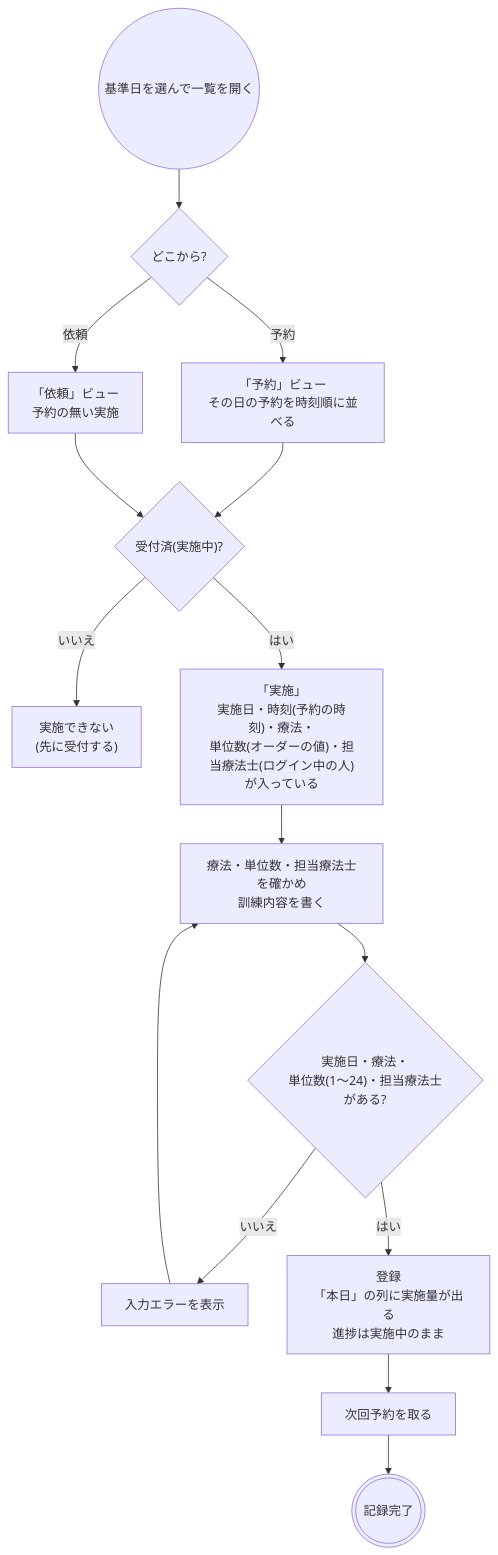
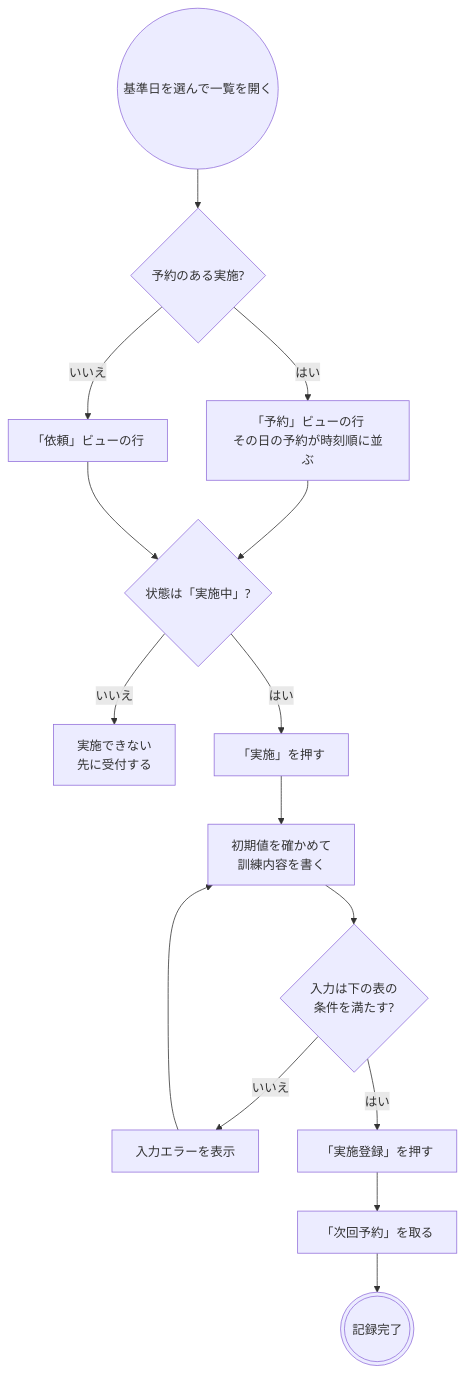
One commit to ysnr-dev/fhir-client-docs changed the fourth of 5 diagrams in docs/flows/rehab.md. Above: the diagram before and after it, drawn with Mermaid. The commit also changed other lines of this file and 43 other files, not shown here.

Commit message:
docs: 業務フローとシーケンス図を写し直し

````diff
--- a/docs/flows/rehab.md
+++ b/docs/flows/rehab.md
@@ -158,24 +148,24 @@
 ```mermaid
 flowchart TD
   open(("基準日を選んで一覧を開く"))
-  view{"どこから?"}
-  appt["「予約」ビュー<br/>その日の予約を時刻順に並べる"]
-  orders["「依頼」ビュー<br/>予約の無い実施"]
-  accepted{"受付済(実施中)?"}
-  wait["実施できない<br/>(先に受付する)"]
-  perform["「実施」<br/>実施日・時刻(予約の時刻)・療法・<br/>単位数(オーダーの値)・担当療法士(ログイン中の人)が入っている"]
-  input["療法・単位数・担当療法士を確かめ<br/>訓練内容を書く"]
-  check{"実施日・療法・<br/>単位数(1〜24)・担当療法士がある?"}
+  view{"予約のある実施?"}
+  appt["「予約」ビューの行<br/>その日の予約が時刻順に並ぶ"]
+  orders["「依頼」ビューの行"]
+  accepted{"状態は「実施中」?"}
+  wait["実施できない<br/>先に受付する"]
+  perform["「実施」を押す"]
+  input["初期値を確かめて<br/>訓練内容を書く"]
+  check{"入力は下の表の<br/>条件を満たす?"}
   error["入力エラーを表示"]
-  save["登録<br/>「本日」の列に実施量が出る<br/>進捗は実施中のまま"]
-  next["次回予約を取る"]
+  save["「実施登録」を押す"]
+  next["「次回予約」を取る"]
   done((("記録完了")))
 
   open --> view
-  view -- "予約" --> appt --> accepted
-  view -- "依頼" --> orders --> accepted
+  view -- "はい" --> appt --> accepted
+  view -- "いいえ" --> orders --> accepted
   accepted -- "いいえ" --> wait
   accepted -- "はい" --> perform --> input --> check
   check -- "いいえ" --> error --> input
   check -- "はい" --> save --> next --> done
 ```
````
